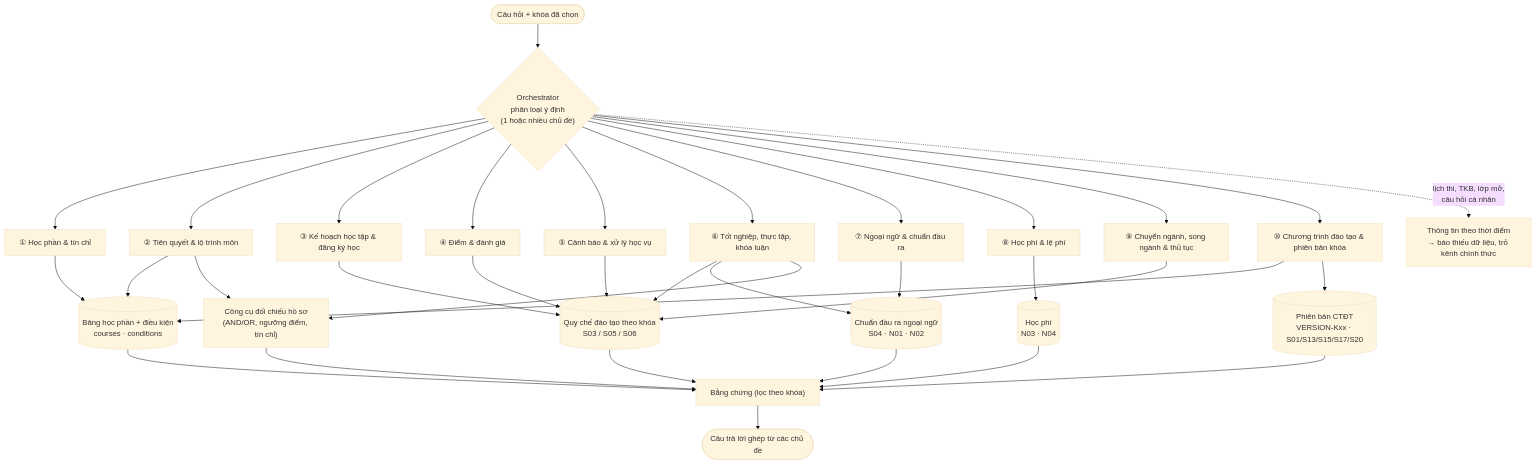
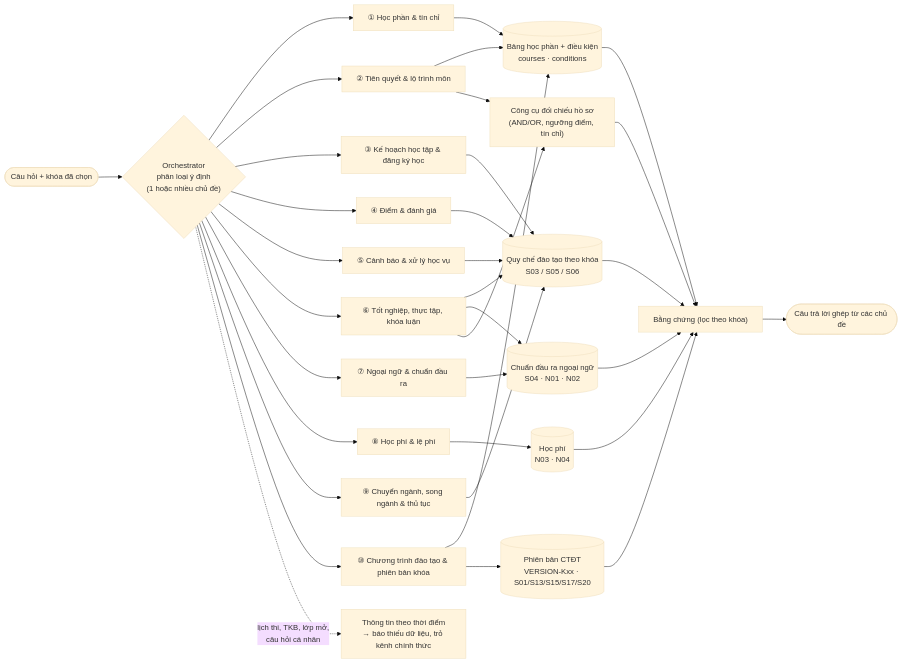
The third of 5 diagrams in docs/AGENT_ROUTING.md (NammBinz/agentic-rag), drawn with Mermaid (base theme) before and after one commit.

Commit message:
docs: draw the topic-agent routing diagram left-to-right

````diff
--- a/docs/AGENT_ROUTING.md
+++ b/docs/AGENT_ROUTING.md
@@ -118,26 +118,26 @@
 ```mermaid
-flowchart TD
+flowchart LR
     Q(["Câu hỏi + khóa đã chọn"]) --> ORC{"Orchestrator<br/>phân loại ý định<br/>(1 hoặc nhiều chủ đề)"}
 
     ORC --> C1["① Học phần & tín chỉ"]
     ORC --> C2["② Tiên quyết & lộ trình môn"]
     ORC --> C3["③ Kế hoạch học tập & đăng ký học"]
     ORC --> C4["④ Điểm & đánh giá"]
     ORC --> C5["⑤ Cảnh báo & xử lý học vụ"]
     ORC --> C6["⑥ Tốt nghiệp, thực tập, khóa luận"]
     ORC --> C7["⑦ Ngoại ngữ & chuẩn đầu ra"]
     ORC --> C8["⑧ Học phí & lệ phí"]
     ORC --> C9["⑨ Chuyển ngành, song ngành & thủ tục"]
     ORC --> C10["⑩ Chương trình đào tạo & phiên bản khóa"]
     ORC -.->|"lịch thi, TKB, lớp mở,<br/>câu hỏi cá nhân"| X["Thông tin theo thời điểm<br/>→ báo thiếu dữ liệu, trỏ kênh chính thức"]
 
     C1 & C2 & C10 --> TS[("Bảng học phần + điều kiện<br/>courses · conditions")]
     C3 & C4 & C5 & C6 & C9 --> RS[("Quy chế đào tạo theo khóa<br/>S03 / S05 / S06")]
     C6 & C7 --> LS[("Chuẩn đầu ra ngoại ngữ<br/>S04 · N01 · N02")]
     C8 --> FS[("Học phí<br/>N03 · N04")]
     C10 --> VS[("Phiên bản CTĐT<br/>VERSION-Kxx · S01/S13/S15/S17/S20")]
     C2 & C6 --> PT["Công cụ đối chiếu hồ sơ<br/>(AND/OR, ngưỡng điểm, tín chỉ)"]
 
     TS & RS & LS & FS & VS & PT --> EV["Bằng chứng (lọc theo khóa)"]
     EV --> ANS(["Câu trả lời ghép từ các chủ đề"])
 ```
````
